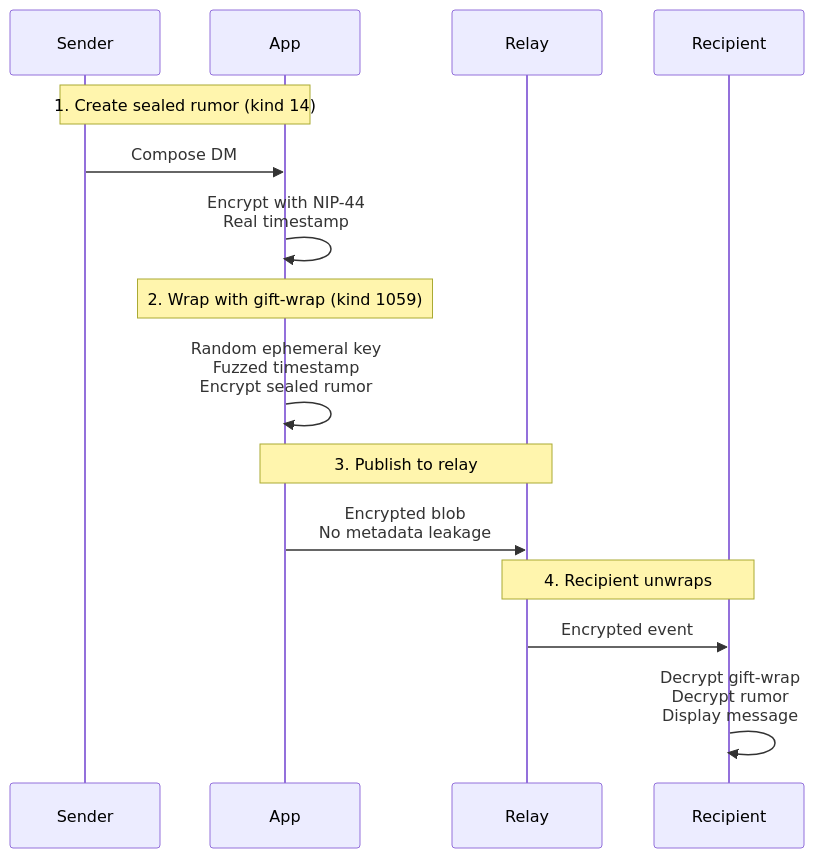
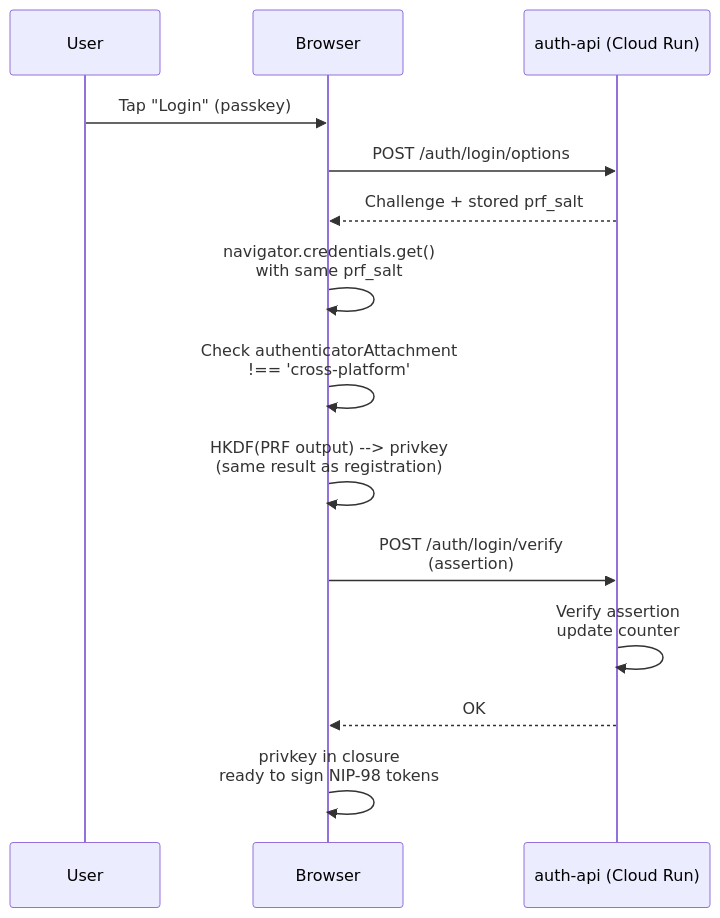
The third of 7 diagrams in docs/architecture.md (DreamLab-AI/dreamlab-ai-website), drawn with Mermaid before and after one commit. The commit also changed other lines of this file and 49 other files, not shown here.

````diff
--- a/docs/architecture.md
+++ b/docs/architecture.md
@@ -191,21 +192,20 @@
 ```mermaid
 sequenceDiagram
-    participant Sender
-    participant App
-    participant Relay
-    participant Recipient
+    participant User
+    participant Browser
+    participant AuthAPI as auth-api (Cloud Run)
 
-    Note over Sender,App: 1. Create sealed rumor (kind 14)
-    Sender->>App: Compose DM
-    App->>App: Encrypt with NIP-44<br/>Real timestamp
+    User->>Browser: Tap "Login" (passkey)
+    Browser->>AuthAPI: POST /auth/login/options
+    AuthAPI-->>Browser: Challenge + stored prf_salt
 
-    Note over App: 2. Wrap with gift-wrap (kind 1059)
-    App->>App: Random ephemeral key<br/>Fuzzed timestamp<br/>Encrypt sealed rumor
+    Browser->>Browser: navigator.credentials.get()<br/>with same prf_salt
+    Browser->>Browser: Check authenticatorAttachment<br/>!== 'cross-platform'
+    Browser->>Browser: HKDF(PRF output) --> privkey<br/>(same result as registration)
 
-    Note over App,Relay: 3. Publish to relay
-    App->>Relay: Encrypted blob<br/>No metadata leakage
+    Browser->>AuthAPI: POST /auth/login/verify<br/>(assertion)
+    AuthAPI->>AuthAPI: Verify assertion<br/>update counter
+    AuthAPI-->>Browser: OK
 
-    Note over Relay,Recipient: 4. Recipient unwraps
-    Relay->>Recipient: Encrypted event
-    Recipient->>Recipient: Decrypt gift-wrap<br/>Decrypt rumor<br/>Display message
+    Browser->>Browser: privkey in closure<br/>ready to sign NIP-98 tokens
 ```
````
